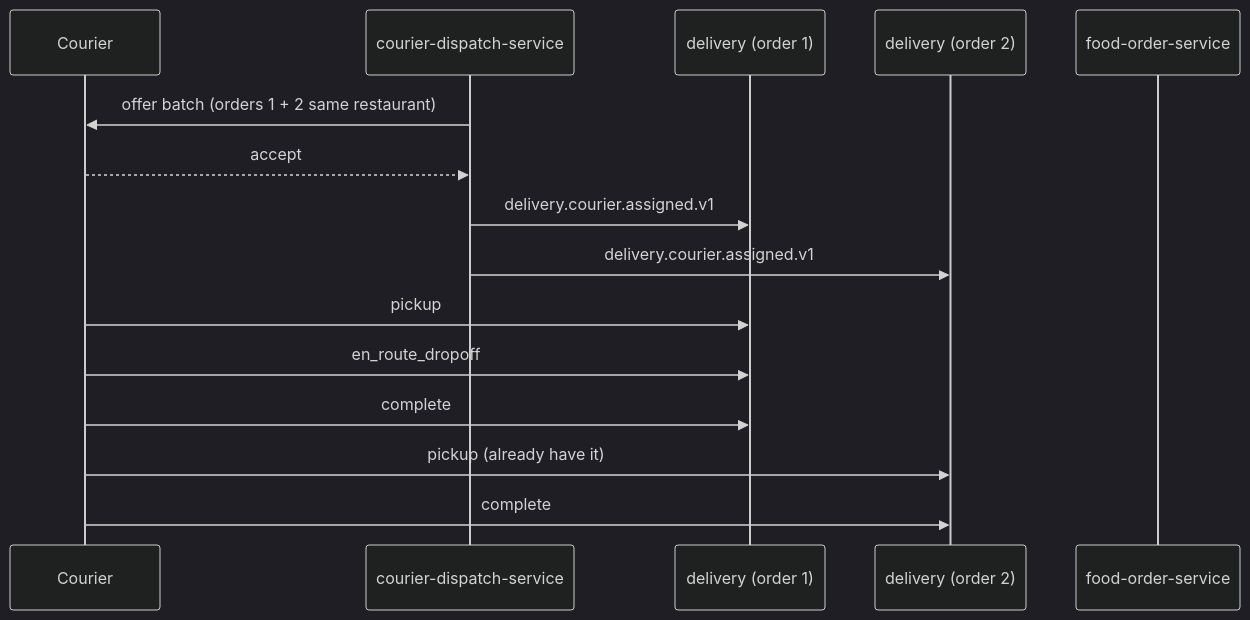
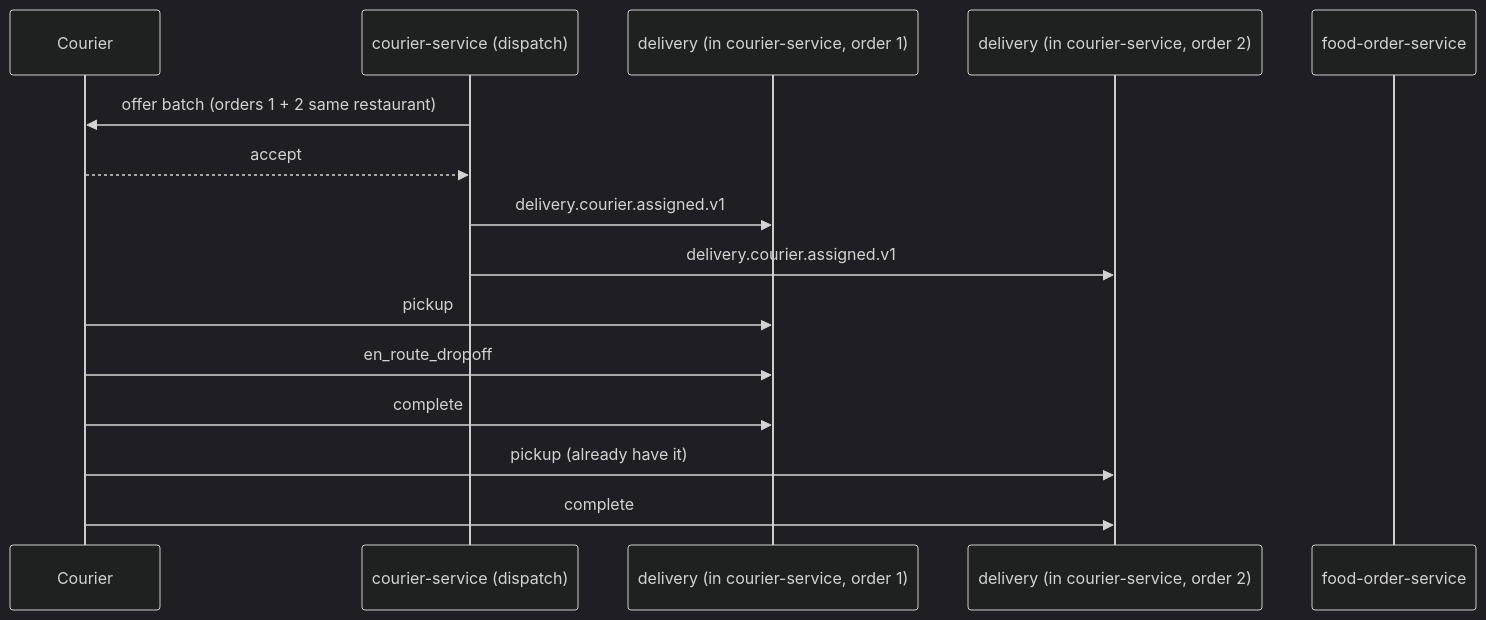
The seventh of 7 diagrams in docs/workflows/COURIER_WORKFLOWS.md (mohamedhabibwork/trips-enjoy-docs), drawn with Mermaid (dark theme) before and after one commit. The commit also changed other lines of this file and 525 other files, not shown here.

````diff
--- a/docs/workflows/COURIER_WORKFLOWS.md
+++ b/docs/workflows/COURIER_WORKFLOWS.md
@@ -175,18 +147,18 @@
 ```mermaid
 sequenceDiagram
     participant CR as Courier
-    participant CDP as courier-dispatch-service
-    participant DLV1 as delivery (order 1)
-    participant DLV2 as delivery (order 2)
+    participant COS as courier-service (dispatch)
+    participant DLV1 as delivery (in courier-service, order 1)
+    participant DLV2 as delivery (in courier-service, order 2)
     participant FOR as food-order-service
 
-    CDP->>CR: offer batch (orders 1 + 2 same restaurant)
-    CR-->>CDP: accept
-    CDP->>DLV1: delivery.courier.assigned.v1
-    CDP->>DLV2: delivery.courier.assigned.v1
+    COS->>CR: offer batch (orders 1 + 2 same restaurant)
+    CR-->>COS: accept
+    COS->>DLV1: delivery.courier.assigned.v1
+    COS->>DLV2: delivery.courier.assigned.v1
     CR->>DLV1: pickup
     CR->>DLV1: en_route_dropoff
     CR->>DLV1: complete
     CR->>DLV2: pickup (already have it)
     CR->>DLV2: complete
 ```
````
